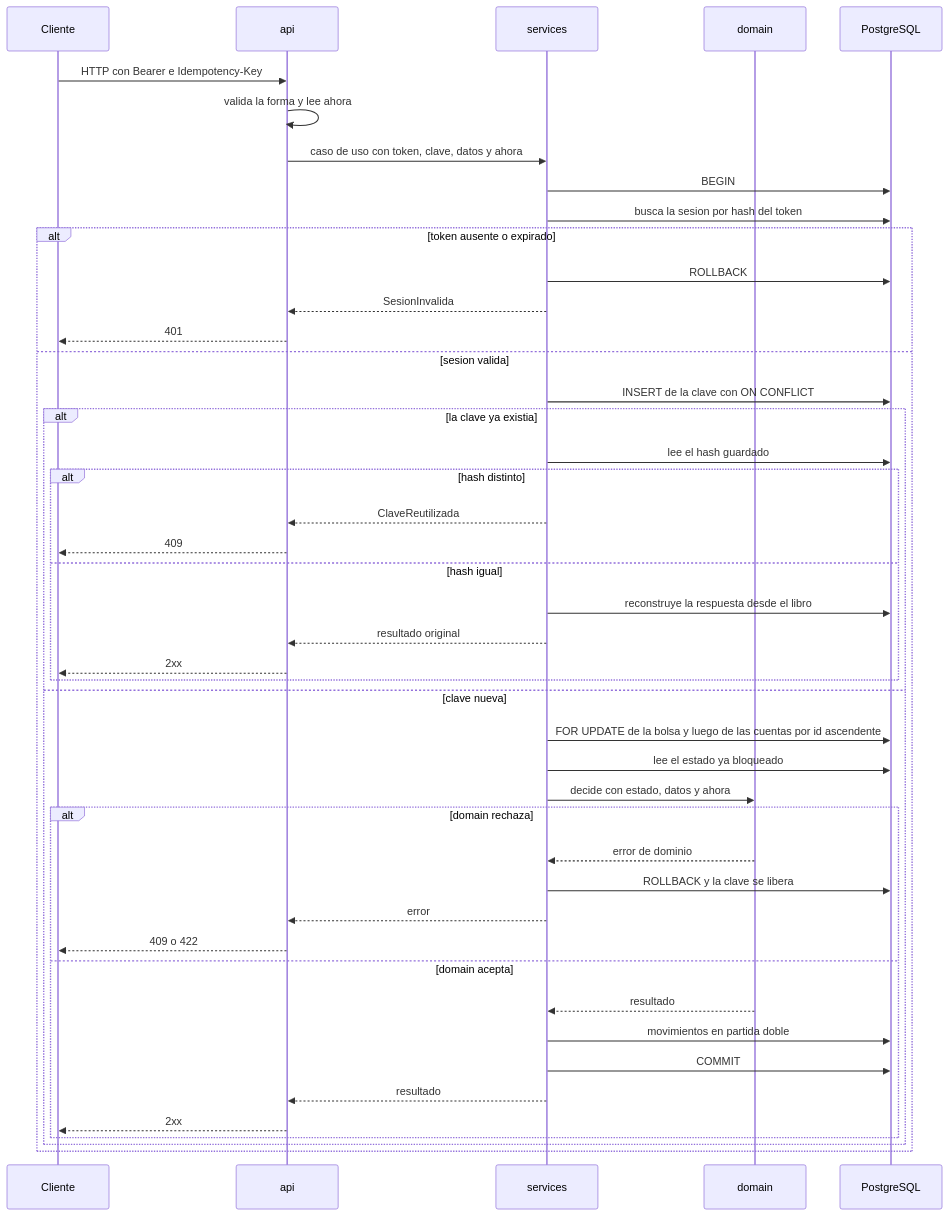
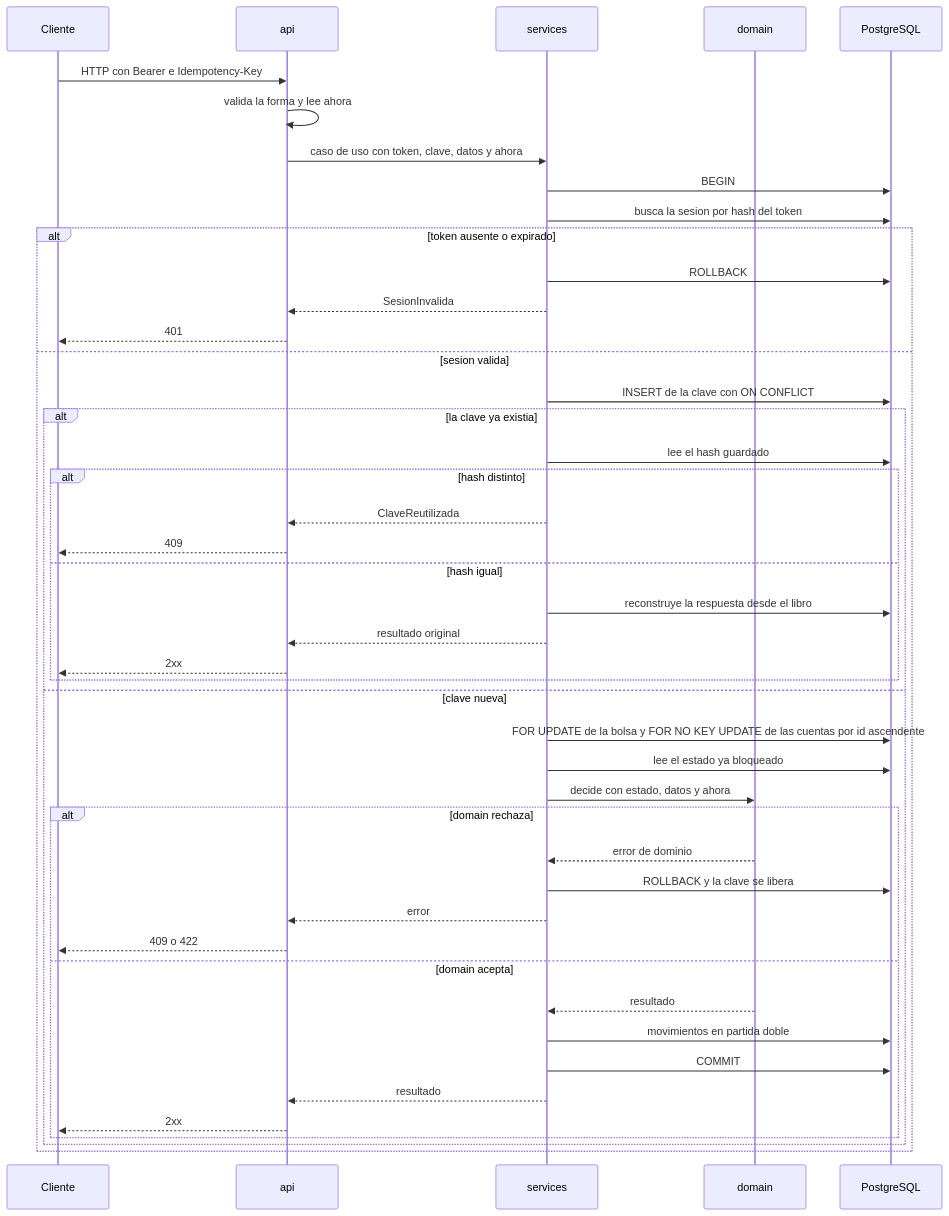
The second of 5 diagrams in SPEC.md (ESMR7/cuadre), drawn with Mermaid before and after one commit. The commit also changed other lines of this file and 2 other files, not shown here.

````diff
--- a/SPEC.md
+++ b/SPEC.md
@@ -107,48 +144,48 @@
 ```mermaid
 sequenceDiagram
     participant C as Cliente
     participant A as api
     participant S as services
     participant D as domain
     participant B as PostgreSQL
 
     C->>A: HTTP con Bearer e Idempotency-Key
     A->>A: valida la forma y lee ahora
     A->>S: caso de uso con token, clave, datos y ahora
     S->>B: BEGIN
     S->>B: busca la sesion por hash del token
     alt token ausente o expirado
         S->>B: ROLLBACK
         S-->>A: SesionInvalida
         A-->>C: 401
     else sesion valida
         S->>B: INSERT de la clave con ON CONFLICT
         alt la clave ya existia
             S->>B: lee el hash guardado
             alt hash distinto
                 S-->>A: ClaveReutilizada
                 A-->>C: 409
             else hash igual
                 S->>B: reconstruye la respuesta desde el libro
                 S-->>A: resultado original
                 A-->>C: 2xx
             end
         else clave nueva
-            S->>B: FOR UPDATE de la bolsa y luego de las cuentas por id ascendente
+            S->>B: FOR UPDATE de la bolsa y FOR NO KEY UPDATE de las cuentas por id ascendente
             S->>B: lee el estado ya bloqueado
             S->>D: decide con estado, datos y ahora
             alt domain rechaza
                 D-->>S: error de dominio
                 S->>B: ROLLBACK y la clave se libera
                 S-->>A: error
                 A-->>C: 409 o 422
             else domain acepta
                 D-->>S: resultado
                 S->>B: movimientos en partida doble
                 S->>B: COMMIT
                 S-->>A: resultado
                 A-->>C: 2xx
             end
         end
     end
 ```
````
